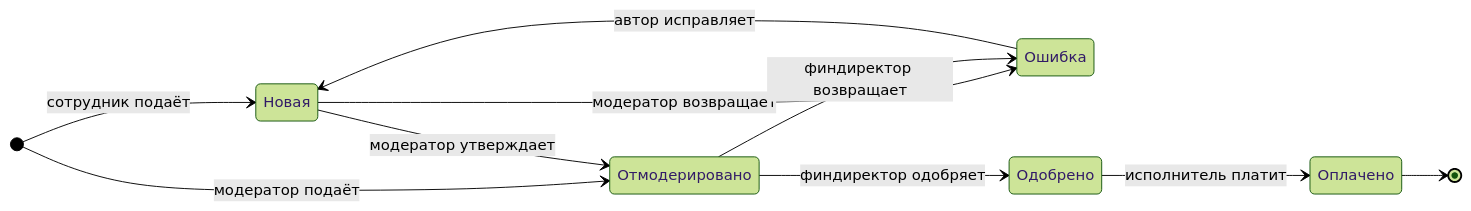
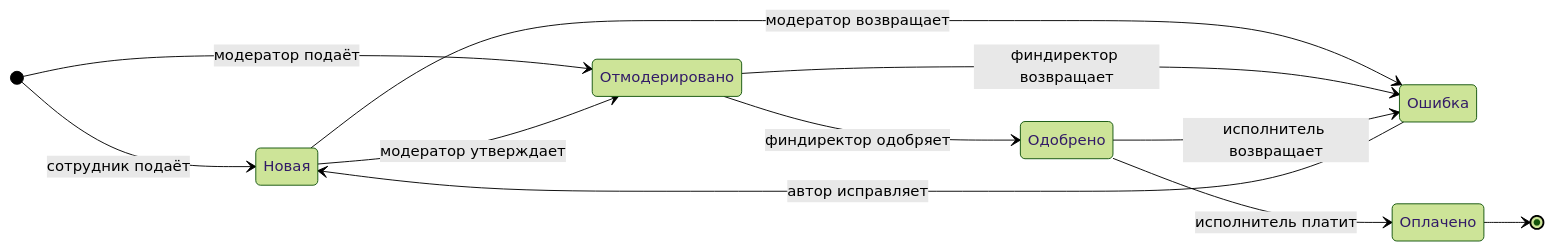
Before and after one commit to adalekin/zrs: the diagram in README.md, drawn with Mermaid (forest theme). The commit also changed other lines of this file and 16 other files, not shown here.

````diff
--- a/README.md
+++ b/README.md
@@ -66,19 +66,20 @@
 ```mermaid
 stateDiagram-v2
     direction LR
     state "Новая" as new
     state "Ошибка" as returned
     state "Отмодерировано" as escalated
     state "Одобрено" as approved
     state "Оплачено" as paid
 
     [*] --> new: сотрудник подаёт
     [*] --> escalated: модератор подаёт
     new --> escalated: модератор утверждает
     new --> returned: модератор возвращает
     returned --> new: автор исправляет
     escalated --> approved: финдиректор одобряет
     escalated --> returned: финдиректор возвращает
+    approved --> returned: исполнитель возвращает
     approved --> paid: исполнитель платит
     paid --> [*]
 ```
````
